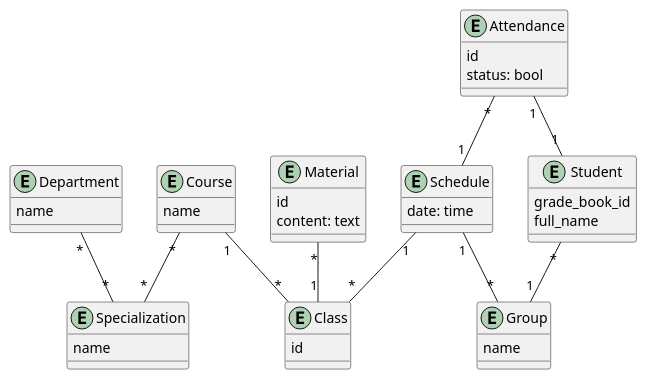
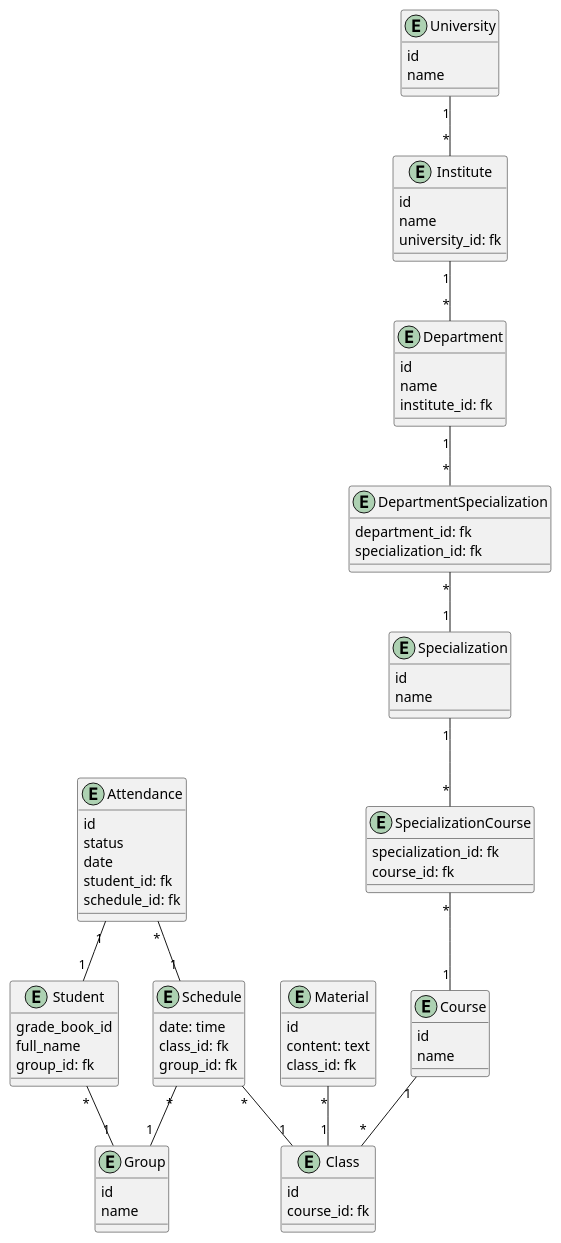
Before and after one commit to ruslanonly/university-student-managment-system: the diagram in model.puml, drawn with PlantUML.

```diff
--- a/model.puml
+++ b/model.puml
@@ -1,58 +1,99 @@
 @startuml
 
 entity Department {
+  id
   name
+  institute_id: fk
 }
 
 entity Group {
+  id
   name
 }
 
 entity Student {
   grade_book_id
   full_name
+  group_id: fk
 }
 
 entity Course {
+  id
   name
 }
 
 entity Schedule {
   date: time
+  class_id: fk
+  group_id: fk
 }
 
 entity Class {
   id 
+  course_id: fk
 }
 
 entity Material {
   id
   content: text
+  class_id: fk
 }
 
 entity Attendance {
   id 
-  status: bool
+  status
+  date
+  student_id: fk
+  schedule_id: fk
 }
 
 entity Specialization {
+  id
   name
+}
+
+entity Institute {
+  id 
+  name
+  university_id: fk
+}
+
+entity University {
+  id
+  name
+}
+
+entity DepartmentSpecialization {
+  department_id: fk
+  specialization_id: fk
+}
+
+entity SpecializationCourse {
+  specialization_id: fk
+  course_id: fk
 }
 
 Material "*" -- "1" Class
 
-Schedule "1" -- "*" Class
-Schedule "1" -- "*" Group
+Schedule "*" -- "1" Class
+Schedule "*" -- "1" Group
 
 Attendance "*" -- "1" Schedule
 Attendance "1" -- "1" Student
 
 Student "*" -- "1" Group
 
 Course "1" -- "*" Class
 
-Course "*" -- "*" Specialization
+University "1" -- "*" Institute
 
-Department "*" -- "*" Specialization
+Institute "1" -- "*" Department
+
+Department "1" -- "*" DepartmentSpecialization
+
+DepartmentSpecialization "*" -- "1" Specialization
+
+Specialization "1" -- "*" SpecializationCourse
+SpecializationCourse "*" -- "1" Course
 
 @enduml
```
